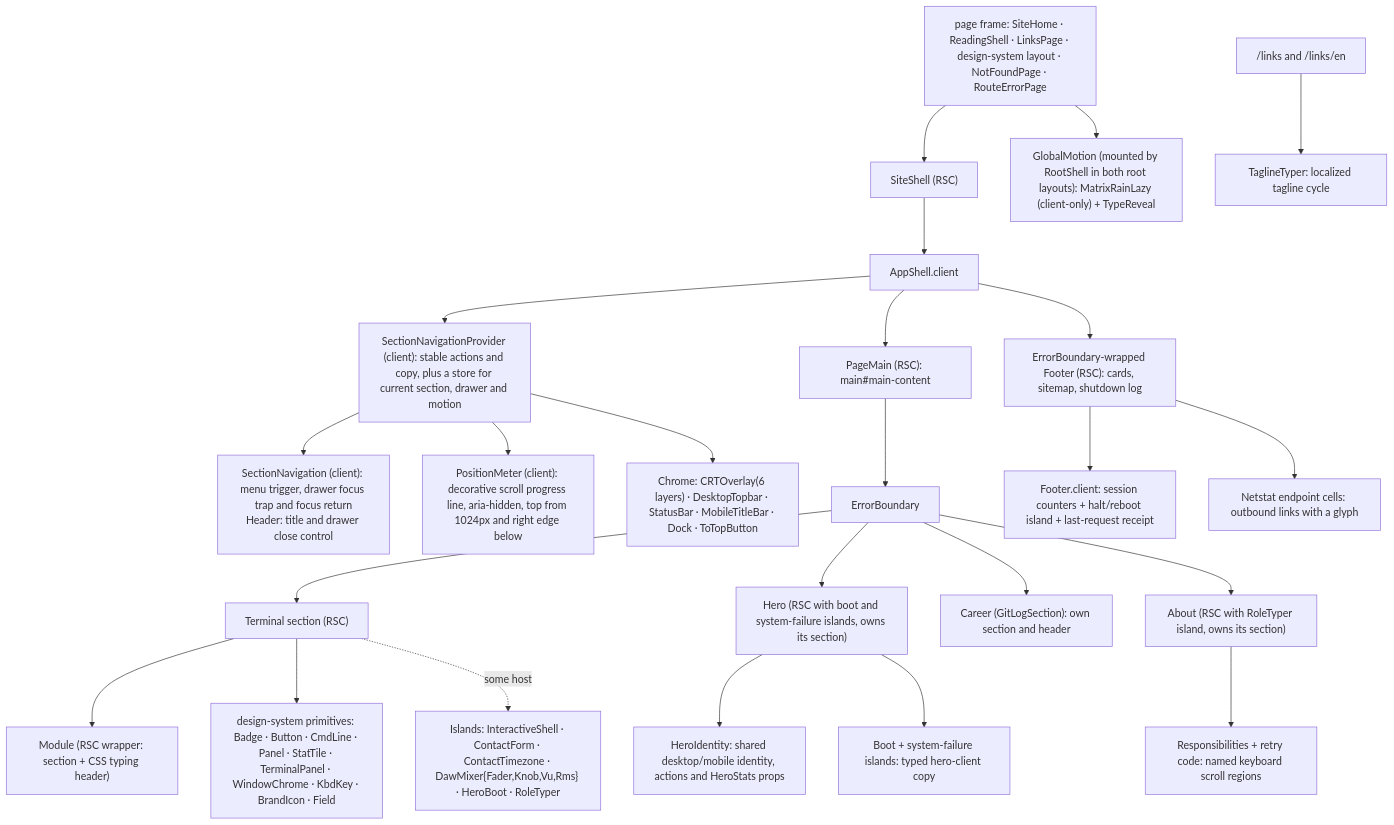
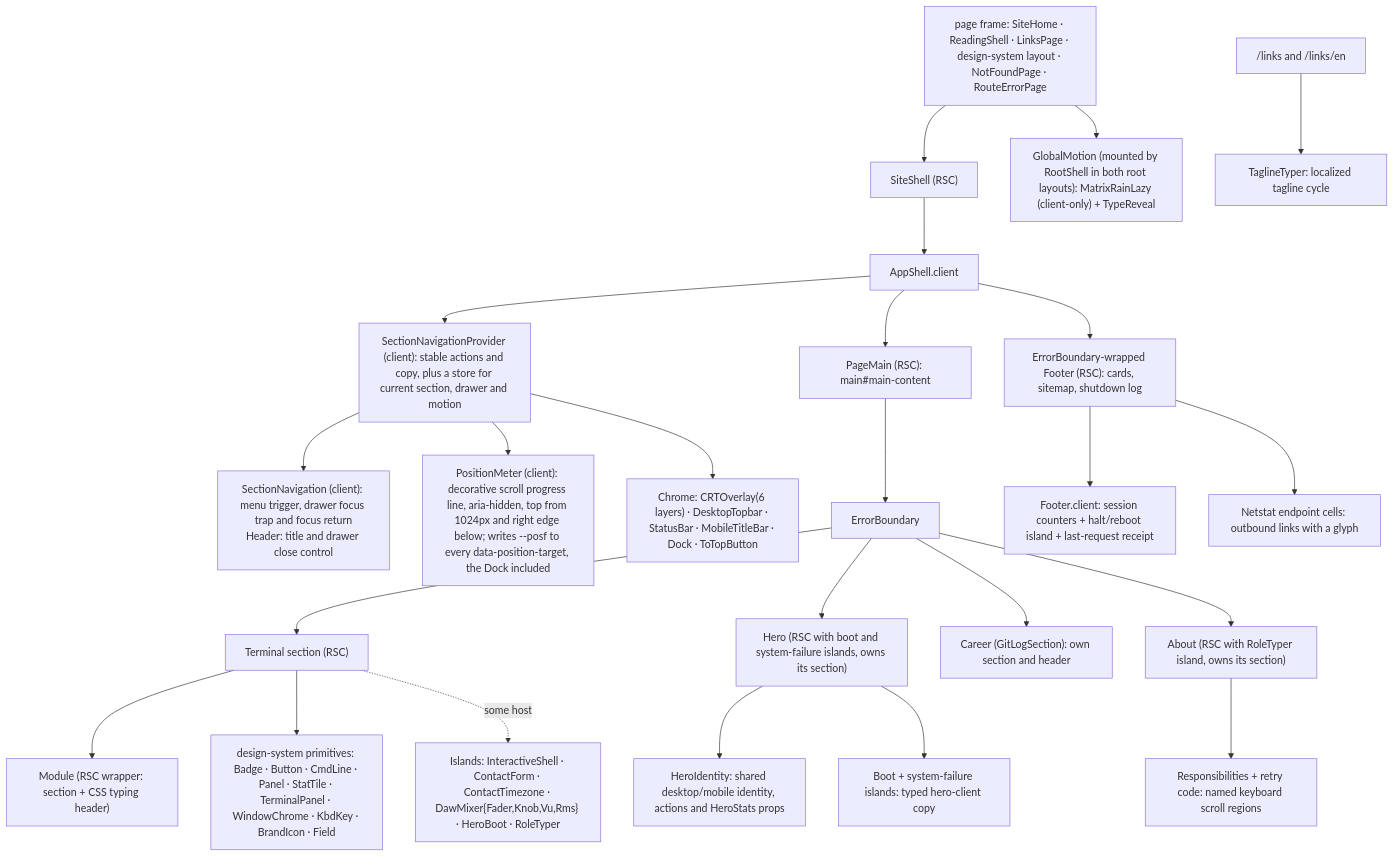
Before and after one commit to erikunha/portfolio: the first of 2 diagrams in docs/04-components-and-state.md, drawn with Mermaid. The commit also changed other lines of this file and 50 other files, not shown here.

````diff
--- a/docs/04-components-and-state.md
+++ b/docs/04-components-and-state.md
@@ -32,25 +49,25 @@
 ```mermaid
 flowchart TD
     page["page frame: SiteHome · ReadingShell · LinksPage · design-system layout · NotFoundPage · RouteErrorPage"] --> siteshell["SiteShell (RSC)"] --> shell["AppShell.client"]
     shell --> navigation["SectionNavigationProvider (client): stable actions and copy, plus a store for current section, drawer and motion"]
     navigation --> rail["SectionNavigation (client): menu trigger, drawer focus trap and focus return<br/>Header: title and drawer close control"]
-    navigation --> position["PositionMeter (client): decorative scroll progress line, aria-hidden, top from 1024px and right edge below"]
+    navigation --> position["PositionMeter (client): decorative scroll progress line, aria-hidden, top from 1024px and right edge below; writes --posf to every data-position-target, the Dock included"]
     navigation --> chrome["Chrome: CRTOverlay(6 layers) · DesktopTopbar · StatusBar · MobileTitleBar · Dock · ToTopButton"]
     page --> gm["GlobalMotion (mounted by RootShell in both root layouts): MatrixRainLazy (client-only) + TypeReveal"]
     shell --> main["PageMain (RSC): main#main-content"]
     main --> eb["ErrorBoundary"]
     eb --> sec["Terminal section (RSC)"]
     sec --> mod["Module (RSC wrapper: section + CSS typing header)"]
     sec --> dsp["design-system primitives: Badge · Button · CmdLine · Panel · StatTile · TerminalPanel · WindowChrome · KbdKey · BrandIcon · Field"]
     sec -. some host .-> isl["Islands: InteractiveShell · ContactForm · ContactTimezone · DawMixer{Fader,Knob,Vu,Rms} · HeroBoot · RoleTyper"]
     eb --> hero["Hero (RSC with boot and system-failure islands, owns its section)"]
     hero --> identity["HeroIdentity: shared desktop/mobile identity, actions and HeroStats props"]
     hero --> clientcopy["Boot + system-failure islands: typed hero-client copy"]
     eb --> career["Career (GitLogSection): own section and header"]
     eb --> about["About (RSC with RoleTyper island, owns its section)"]
     about --> scroll["Responsibilities + retry code: named keyboard scroll regions"]
     shell --> fl["ErrorBoundary-wrapped Footer (RSC): cards, sitemap, shutdown log"]
     fl --> fi["Footer.client: session counters + halt/reboot island + last-request receipt"]
     fl --> fc["Netstat endpoint cells: outbound links with a glyph"]
     links["/links and /links/en"] --> tagline["TaglineTyper: localized tagline cycle"]
 ```
````
